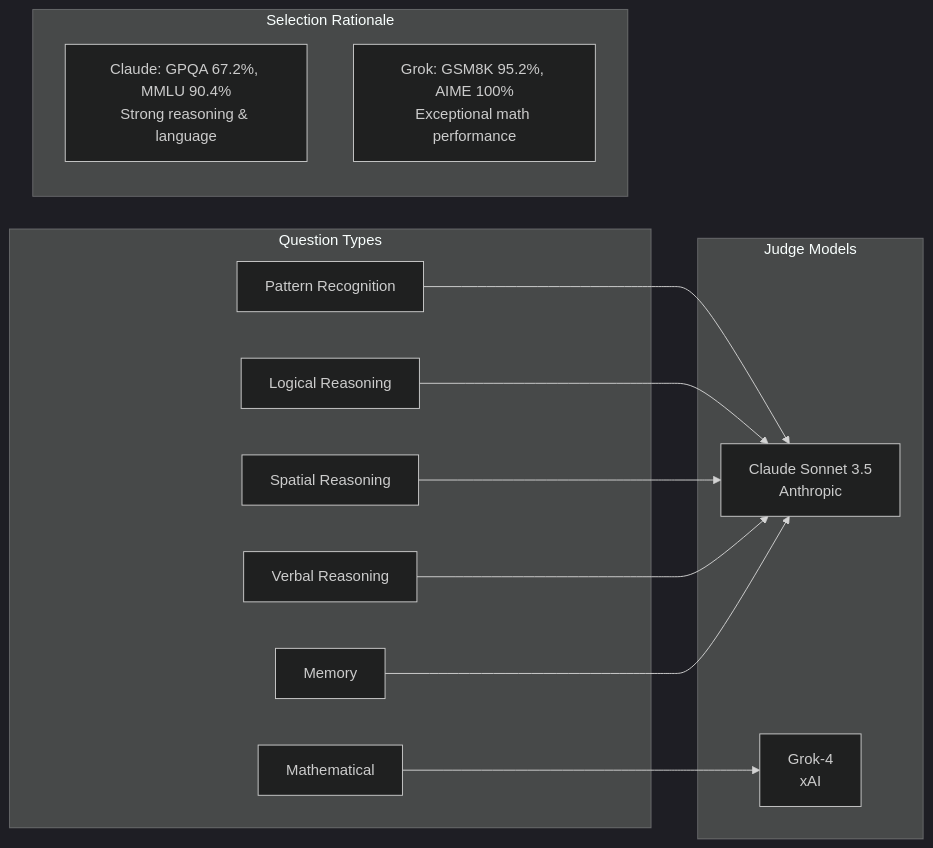
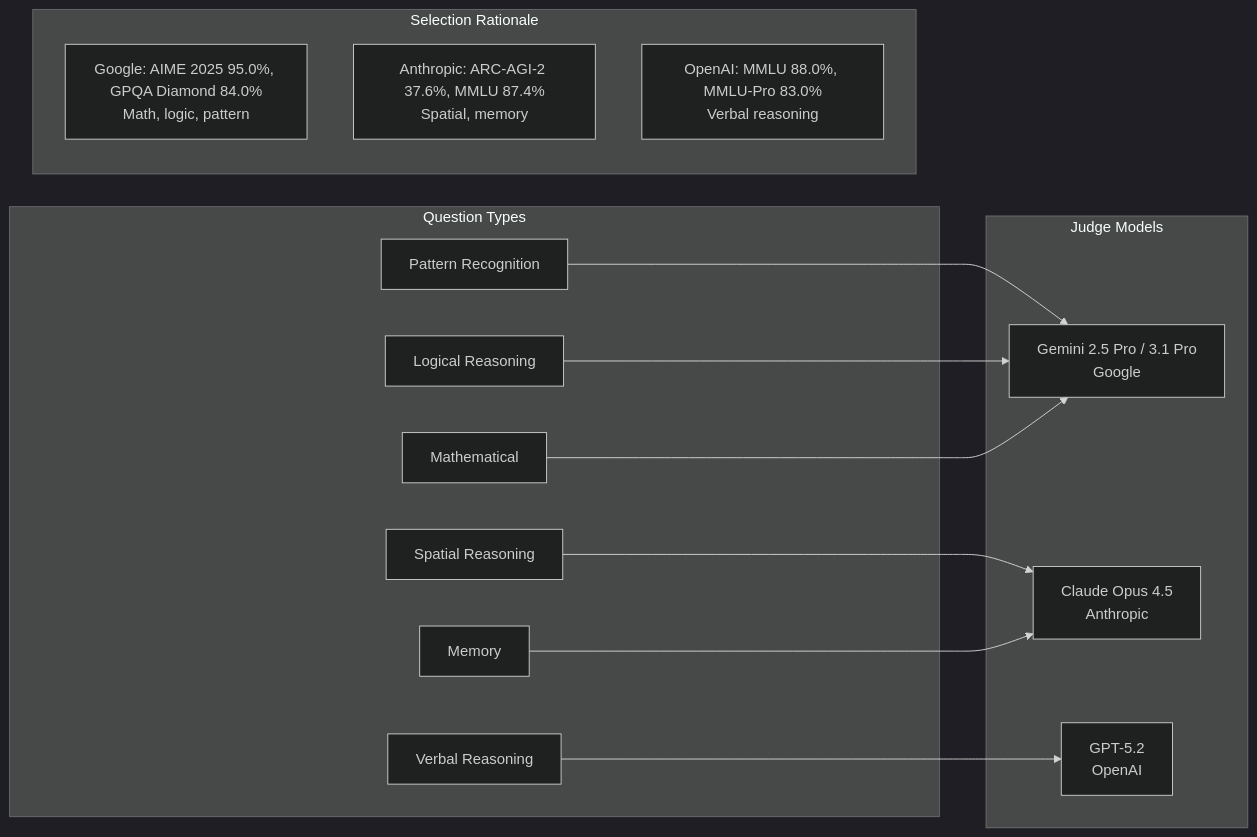
Before and after one commit to gioe/aiq: the eighth of 15 diagrams in question-service/docs/ARCHITECTURE.md, drawn with Mermaid (dark theme). The commit also changed other lines of this file and 1 other file, not shown here.

Commit message:
[TASK-150] update PERFORMANCE.md and ARCHITECTURE.md: reflect 3-provider judge setup

````diff
--- a/question-service/docs/ARCHITECTURE.md
+++ b/question-service/docs/ARCHITECTURE.md
@@ -451,28 +451,30 @@
 ```mermaid
 flowchart LR
     subgraph QuestionTypes["Question Types"]
         PATTERN["Pattern Recognition"]
         LOGIC["Logical Reasoning"]
+        MATH["Mathematical"]
         SPATIAL["Spatial Reasoning"]
-        MATH["Mathematical"]
+        MEMORY["Memory"]
         VERBAL["Verbal Reasoning"]
-        MEMORY["Memory"]
     end
 
     subgraph JudgeModels["Judge Models"]
-        CLAUDE["Claude Sonnet 3.5<br/>Anthropic"]
-        GROK["Grok-4<br/>xAI"]
+        GOOGLE["Gemini 2.5 Pro / 3.1 Pro<br/>Google"]
+        CLAUDE["Claude Opus 4.5<br/>Anthropic"]
+        GPT["GPT-5.2<br/>OpenAI"]
     end
 
-    PATTERN --> CLAUDE
-    LOGIC --> CLAUDE
+    PATTERN --> GOOGLE
+    LOGIC --> GOOGLE
+    MATH --> GOOGLE
     SPATIAL --> CLAUDE
-    VERBAL --> CLAUDE
     MEMORY --> CLAUDE
-    MATH --> GROK
+    VERBAL --> GPT
 
     subgraph Rationale["Selection Rationale"]
-        CLAUDE_WHY["Claude: GPQA 67.2%, MMLU 90.4%<br/>Strong reasoning & language"]
-        GROK_WHY["Grok: GSM8K 95.2%, AIME 100%<br/>Exceptional math performance"]
+        GOOGLE_WHY["Google: AIME 2025 95.0%, GPQA Diamond 84.0%<br/>Math, logic, pattern"]
+        CLAUDE_WHY["Anthropic: ARC-AGI-2 37.6%, MMLU 87.4%<br/>Spatial, memory"]
+        GPT_WHY["OpenAI: MMLU 88.0%, MMLU-Pro 83.0%<br/>Verbal reasoning"]
     end
 ```
````
